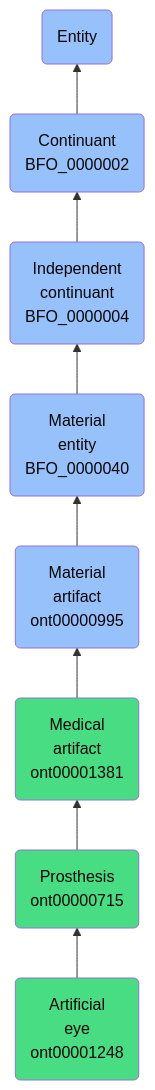
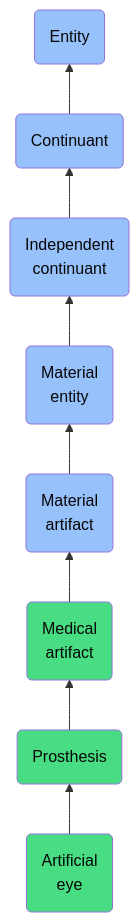
Before and after one commit to jupyter-naas/abi: the diagram in docs/ontology/reference/model/Entity/Continuant/Independent continuant/Material entity/Material artifact/Medical artifact/Prosthesis/Artificial eye/Artificial eye.md, drawn with Mermaid. The commit also changed other lines of this file and 1430 other files, not shown here.

````diff
--- a/docs/ontology/reference/model/Entity/Continuant/Independent continuant/Material entity/Material artifact/Medical artifact/Prosthesis/Artificial eye/Artificial eye.md
+++ b/docs/ontology/reference/model/Entity/Continuant/Independent continuant/Material entity/Material artifact/Medical artifact/Prosthesis/Artificial eye/Artificial eye.md
@@ -24,15 +24,15 @@
 ```mermaid
 graph BT
-    ont00001248(Artificial<br>eye<br>ont00001248):::ABI-->ont00000715
-    ont00000715(Prosthesis<br>ont00000715):::ABI-->ont00001381
-    ont00001381(Medical<br>artifact<br>ont00001381):::ABI-->ont00000995
-    ont00000995(Material<br>artifact<br>ont00000995):::BFO-->BFO_0000040
-    BFO_0000040(Material<br>entity<br>BFO_0000040):::BFO-->BFO_0000004
-    BFO_0000004(Independent<br>continuant<br>BFO_0000004):::BFO-->BFO_0000002
-    BFO_0000002(Continuant<br>BFO_0000002):::BFO-->BFO_0000001
+    ont00001248(Artificial<br>eye):::ABI-->ont00000715
+    ont00000715(Prosthesis):::ABI-->ont00001381
+    ont00001381(Medical<br>artifact):::ABI-->ont00000995
+    ont00000995(Material<br>artifact):::BFO-->BFO_0000040
+    BFO_0000040(Material<br>entity):::BFO-->BFO_0000004
+    BFO_0000004(Independent<br>continuant):::BFO-->BFO_0000002
+    BFO_0000002(Continuant):::BFO-->BFO_0000001
     BFO_0000001(Entity):::BFO
     
     classDef BFO fill:#97c1fb,color:#060606
     classDef CCO fill:#e4c51e,color:#060606
     classDef ABI fill:#48DD82,color:#060606
 ```
````
